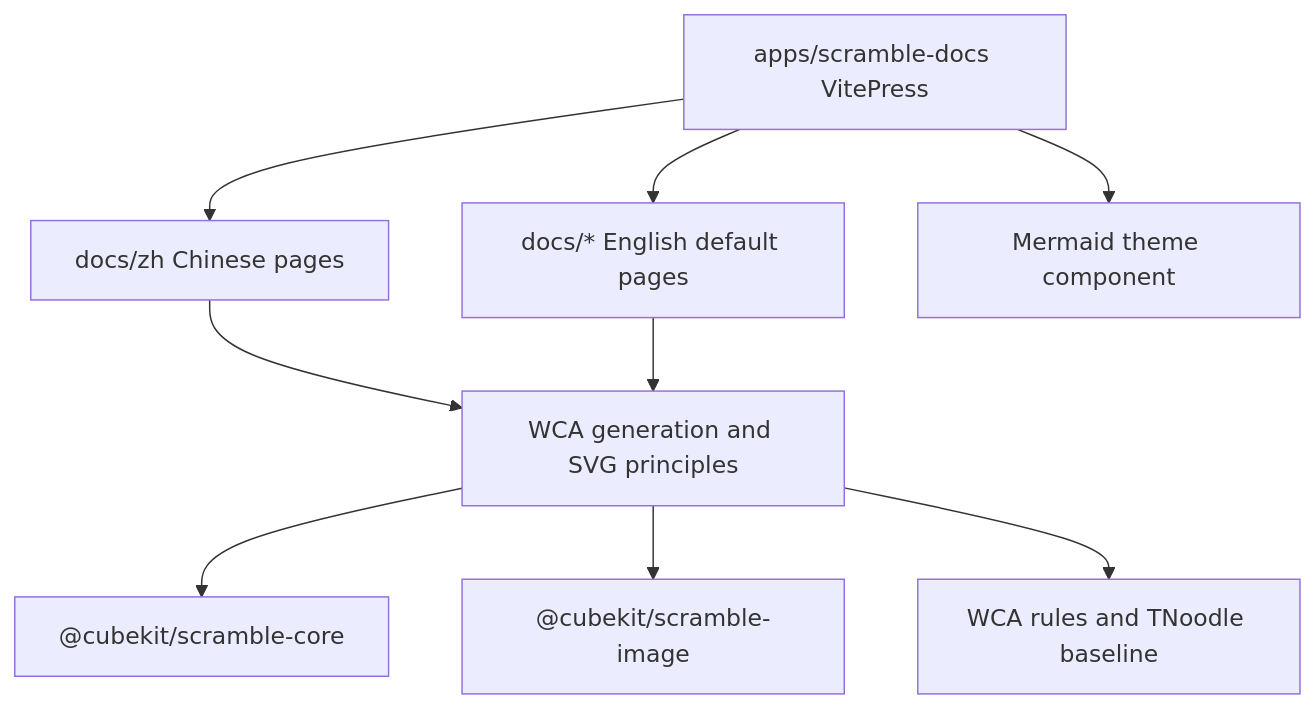
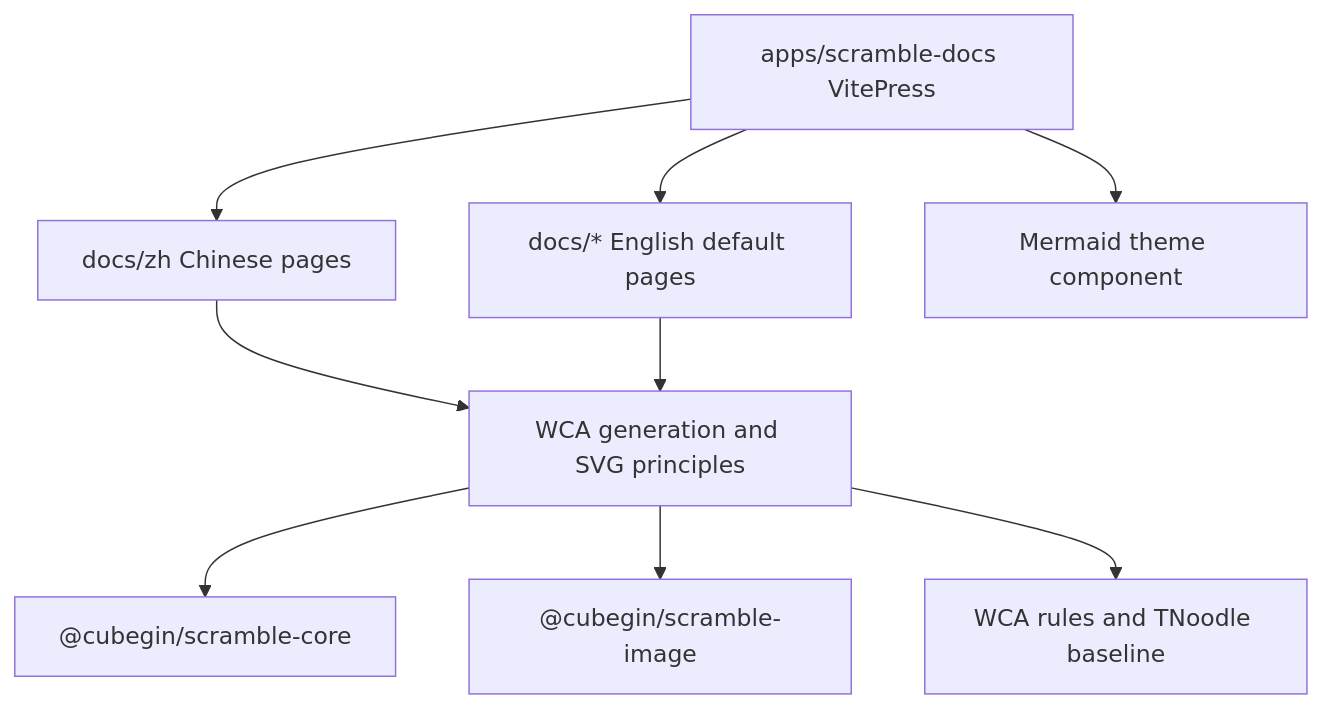
One commit to deweyou/cube-kit changed the diagram in docs/apps/scramble-docs/index.md. Above: the diagram before and after it, drawn with Mermaid. The commit also changed 164 other files, not shown here.

````diff
--- a/docs/apps/scramble-docs/index.md
+++ b/docs/apps/scramble-docs/index.md
@@ -3,11 +3,11 @@
 ```mermaid
 flowchart TD
     Site["apps/scramble-docs VitePress"] --> En["docs/* English default pages"]
     Site --> Zh["docs/zh Chinese pages"]
     Site --> Theme["Mermaid theme component"]
     Zh --> Concepts["WCA generation and SVG principles"]
     En --> Concepts
-    Concepts --> Core["@cubekit/scramble-core"]
-    Concepts --> Image["@cubekit/scramble-image"]
+    Concepts --> Core["@cubegin/scramble-core"]
+    Concepts --> Image["@cubegin/scramble-image"]
     Concepts --> Upstream["WCA rules and TNoodle baseline"]
 ```
````
